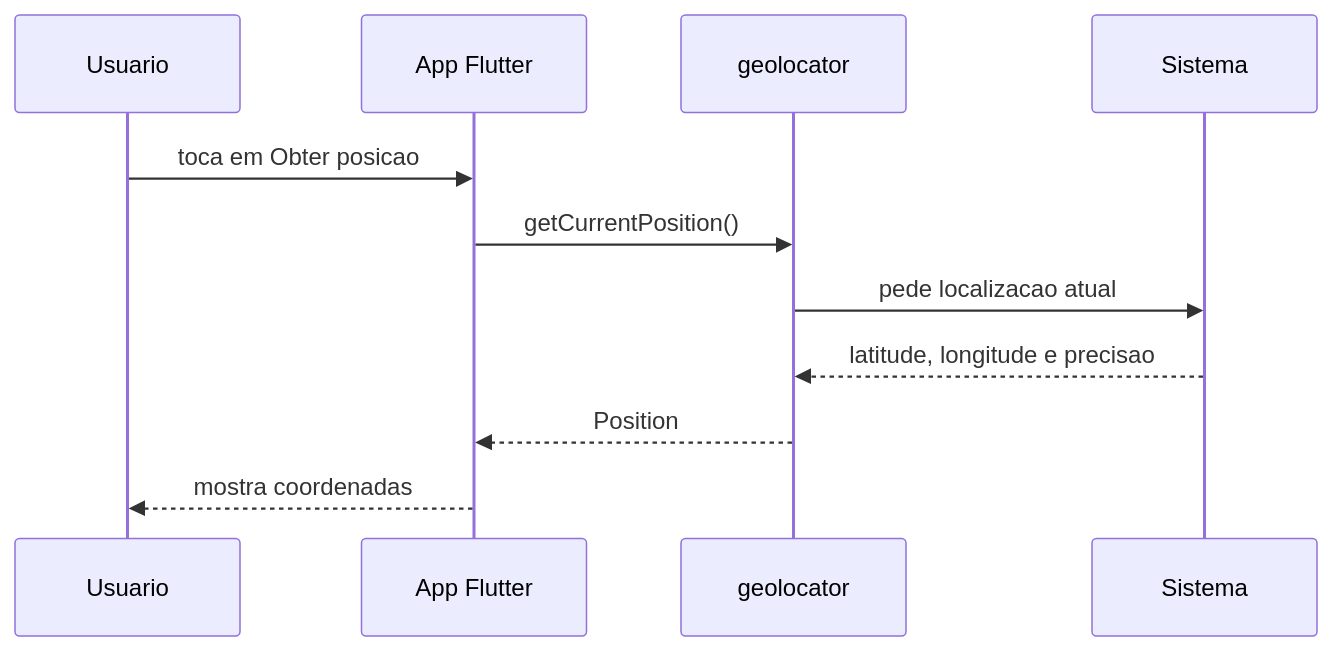
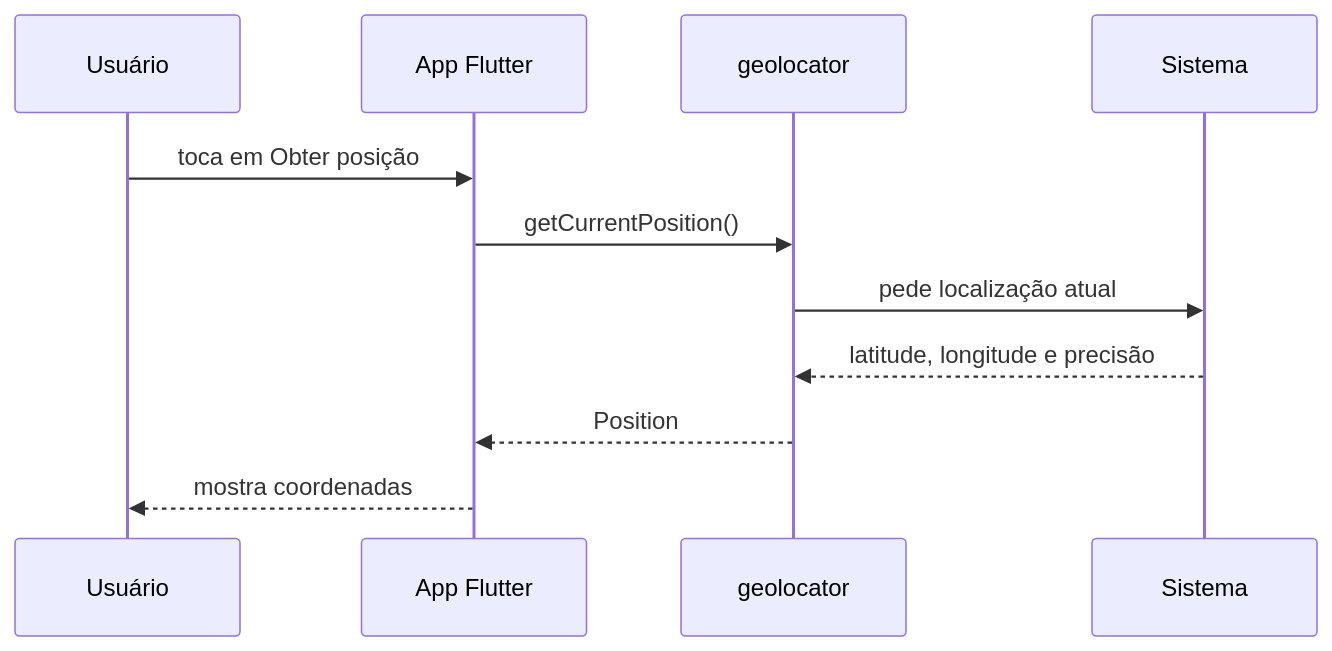
The fourth of 13 diagrams in courses/2026-1-DS-Prog-Aplicativos-Mobile-II-Novotec-Noturno/aulas/aula-12.md (prof-gustavo-villalta/self), drawn with Mermaid before and after one commit. The commit also changed other lines of this file and 6 other files, not shown here.

````diff
--- a/courses/2026-1-DS-Prog-Aplicativos-Mobile-II-Novotec-Noturno/aulas/aula-12.md
+++ b/courses/2026-1-DS-Prog-Aplicativos-Mobile-II-Novotec-Noturno/aulas/aula-12.md
@@ -187,14 +187,14 @@
 ```mermaid
 sequenceDiagram
-    participant U as Usuario
+    participant U as Usuário
     participant A as App Flutter
     participant G as geolocator
     participant S as Sistema
 
-    U->>A: toca em Obter posicao
+    U->>A: toca em Obter posição
     A->>G: getCurrentPosition()
-    G->>S: pede localizacao atual
-    S-->>G: latitude, longitude e precisao
+    G->>S: pede localização atual
+    S-->>G: latitude, longitude e precisão
     G-->>A: Position
     A-->>U: mostra coordenadas
 ```
````
